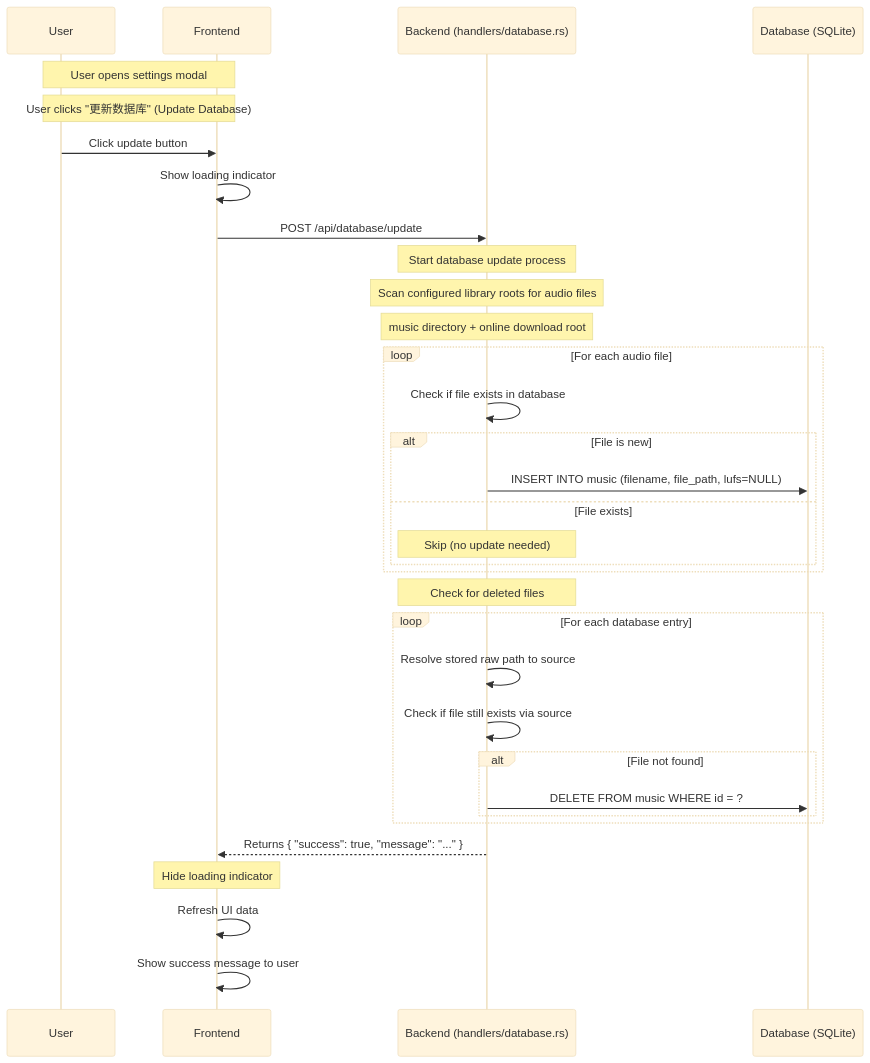
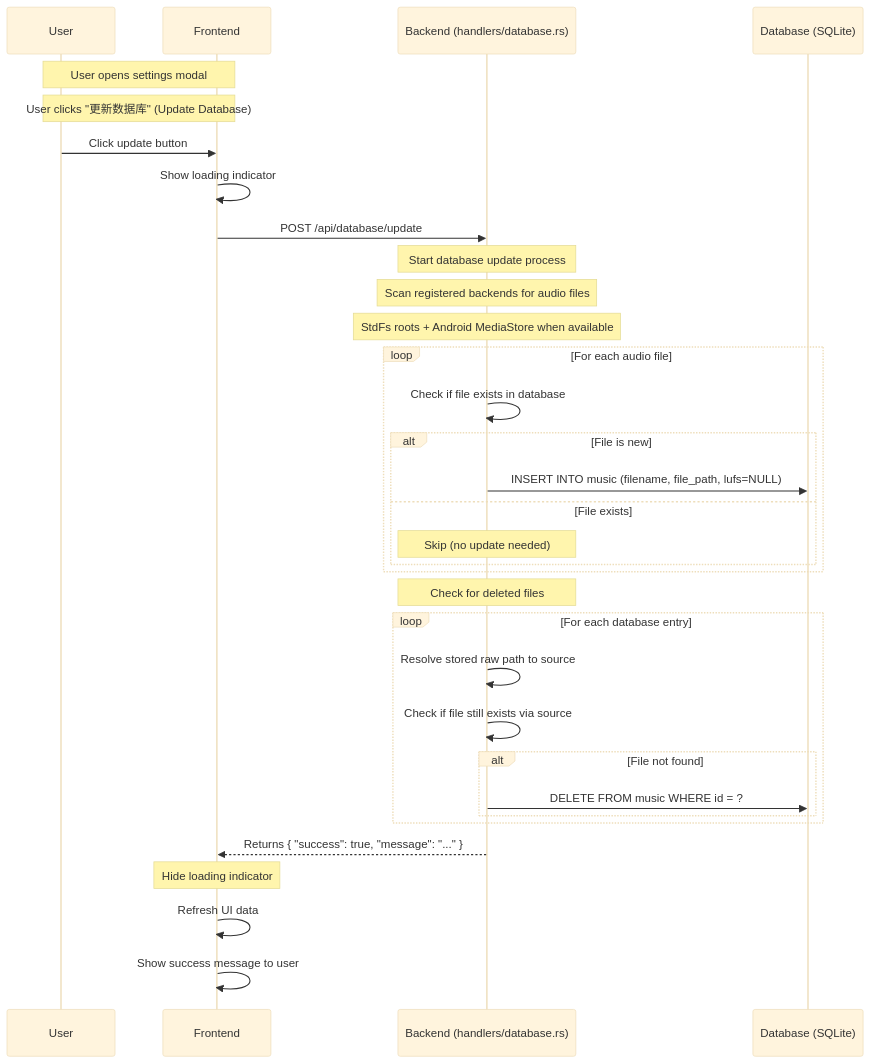
One commit to Afeather2017/Kaulan changed the fourth of 4 diagrams in docs/settings-and-database-management.md. Above: the diagram before and after it, drawn with Mermaid (base theme). The commit also changed other lines of this file and 24 other files, not shown here.

First line of the commit message:
Refactor library scanning around scan backends

````diff
--- a/docs/settings-and-database-management.md
+++ b/docs/settings-and-database-management.md
@@ -185,46 +185,46 @@
 ```mermaid
 sequenceDiagram
     participant User as User
     participant FE as Frontend
     participant BE as Backend (handlers/database.rs)
     participant DB as Database (SQLite)
 
     Note over User,FE: User opens settings modal
     Note over User,FE: User clicks "更新数据库" (Update Database)
 
     User->>FE: Click update button
     FE->>FE: Show loading indicator
     FE->>BE: POST /api/database/update
 
     Note over BE: Start database update process
 
-    Note over BE: Scan configured library roots for audio files
-    Note over BE: music directory + online download root
+    Note over BE: Scan registered backends for audio files
+    Note over BE: StdFs roots + Android MediaStore when available
 
     loop For each audio file
         BE->>BE: Check if file exists in database
 
         alt File is new
             BE->>DB: INSERT INTO music (filename, file_path, lufs=NULL)
         else File exists
             Note over BE: Skip (no update needed)
         end
     end
 
     Note over BE: Check for deleted files
 
     loop For each database entry
         BE->>BE: Resolve stored raw path to source
         BE->>BE: Check if file still exists via source
 
         alt File not found
             BE->>DB: DELETE FROM music WHERE id = ?
         end
     end
 
     BE-->>FE: Returns { "success": true, "message": "..." }
 
     Note over FE: Hide loading indicator
     FE->>FE: Refresh UI data
     FE->>FE: Show success message to user
 ```
````
